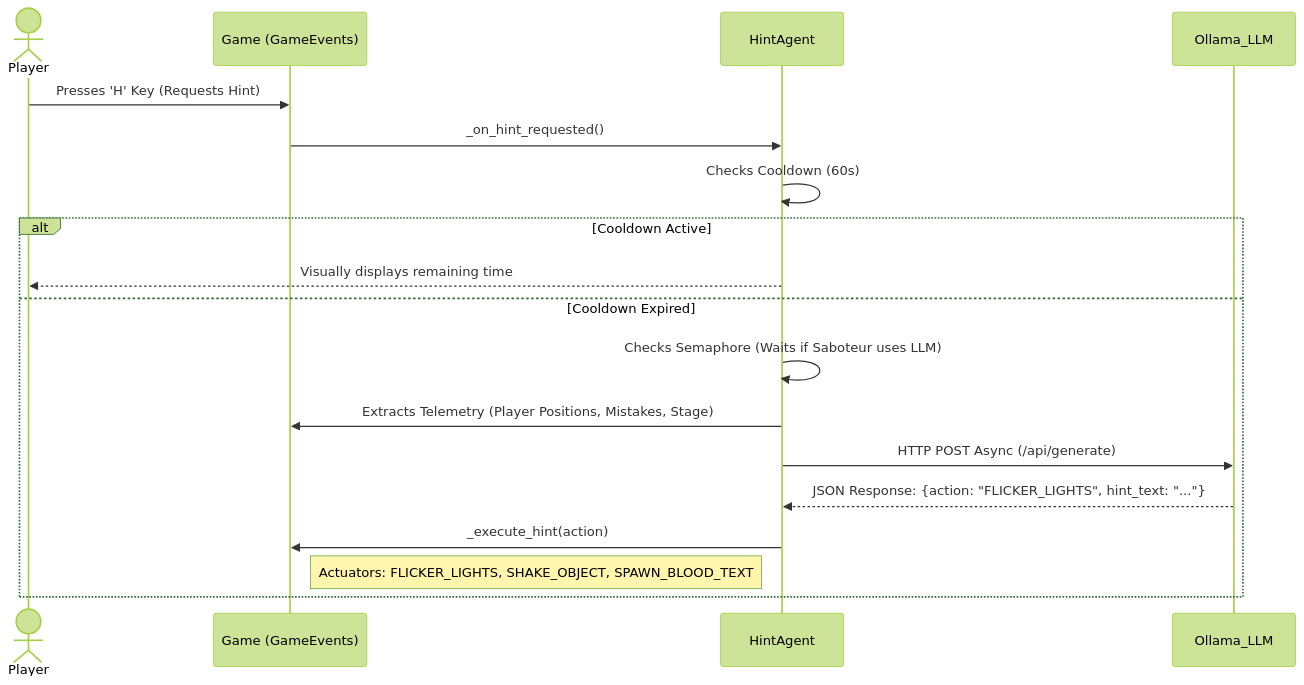
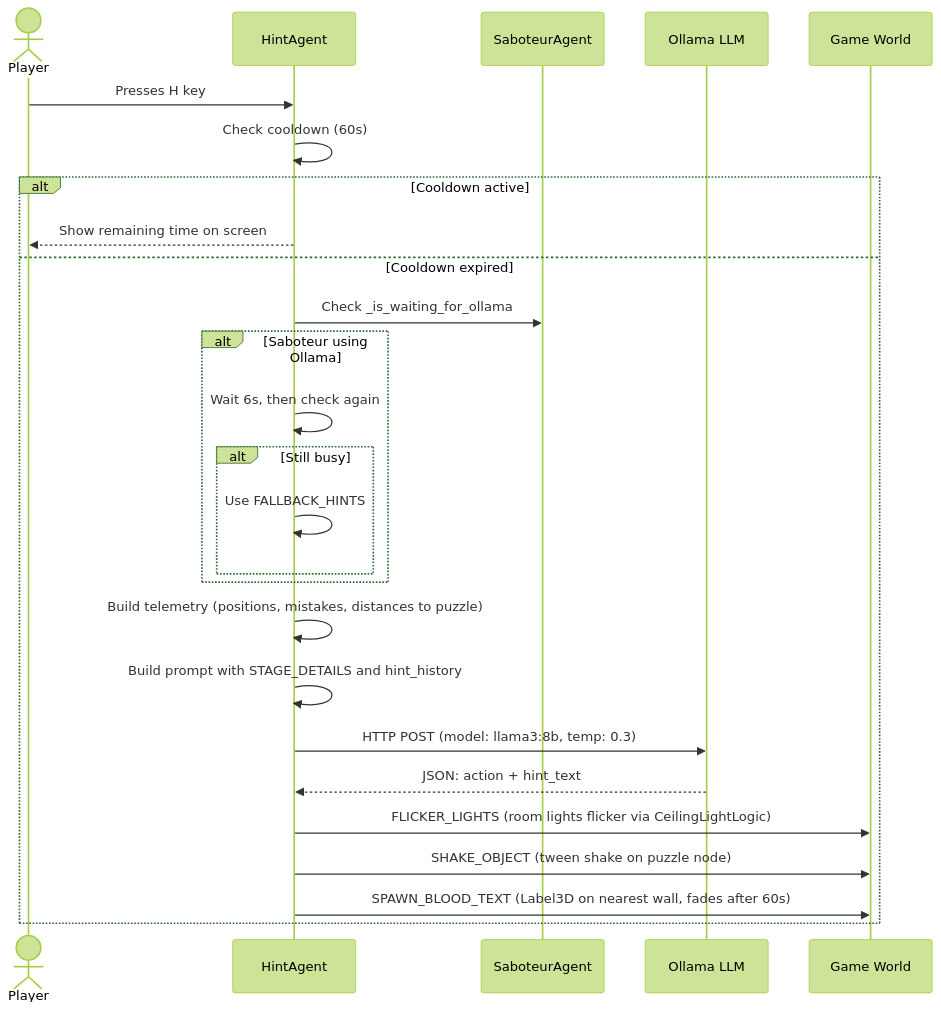
One commit to neica200/Echo-Chamber-Coop changed the fifth of 10 diagrams in diagrame_arhitectura.md. Above: the diagram before and after it, drawn with Mermaid (forest theme). The commit also changed other lines of this file, not shown here.

Commit message:
update diagrams

````diff
--- a/diagrame_arhitectura.md
+++ b/diagrame_arhitectura.md
@@ -170,22 +295,32 @@
 ```mermaid
 sequenceDiagram
     actor Player
-    participant Game as Game (GameEvents)
-    participant HintAgent
-    participant Ollama_LLM
-    
-    Player->>Game: Presses 'H' Key (Requests Hint)
-    Game->>HintAgent: _on_hint_requested()
-    
-    HintAgent->>HintAgent: Checks Cooldown (60s)
-    alt Cooldown Active
-        HintAgent-->>Player: Visually displays remaining time
-    else Cooldown Expired
-        HintAgent->>HintAgent: Checks Semaphore (Waits if Saboteur uses LLM)
-        HintAgent->>Game: Extracts Telemetry (Player Positions, Mistakes, Stage)
-        HintAgent->>Ollama_LLM: HTTP POST Async (/api/generate)
-        Ollama_LLM-->>HintAgent: JSON Response: {action: "FLICKER_LIGHTS", hint_text: "..."}
-        HintAgent->>Game: _execute_hint(action)
-        Note right of Game: Actuators: FLICKER_LIGHTS, SHAKE_OBJECT, SPAWN_BLOOD_TEXT
+    participant HA as HintAgent
+    participant SA as SaboteurAgent
+    participant Ollama as Ollama LLM
+    participant World as Game World
+
+    Player->>HA: Presses H key
+    HA->>HA: Check cooldown (60s)
+
+    alt Cooldown active
+        HA-->>Player: Show remaining time on screen
+    else Cooldown expired
+        HA->>SA: Check _is_waiting_for_ollama
+        alt Saboteur using Ollama
+            HA->>HA: Wait 6s, then check again
+            alt Still busy
+                HA->>HA: Use FALLBACK_HINTS
+            end
+        end
+
+        HA->>HA: Build telemetry (positions, mistakes, distances to puzzle)
+        HA->>HA: Build prompt with STAGE_DETAILS and hint_history
+        HA->>Ollama: HTTP POST (model: llama3:8b, temp: 0.3)
+        Ollama-->>HA: JSON: action + hint_text
+
+        HA->>World: FLICKER_LIGHTS (room lights flicker via CeilingLightLogic)
+        HA->>World: SHAKE_OBJECT (tween shake on puzzle node)
+        HA->>World: SPAWN_BLOOD_TEXT (Label3D on nearest wall, fades after 60s)
     end
 ```
````
